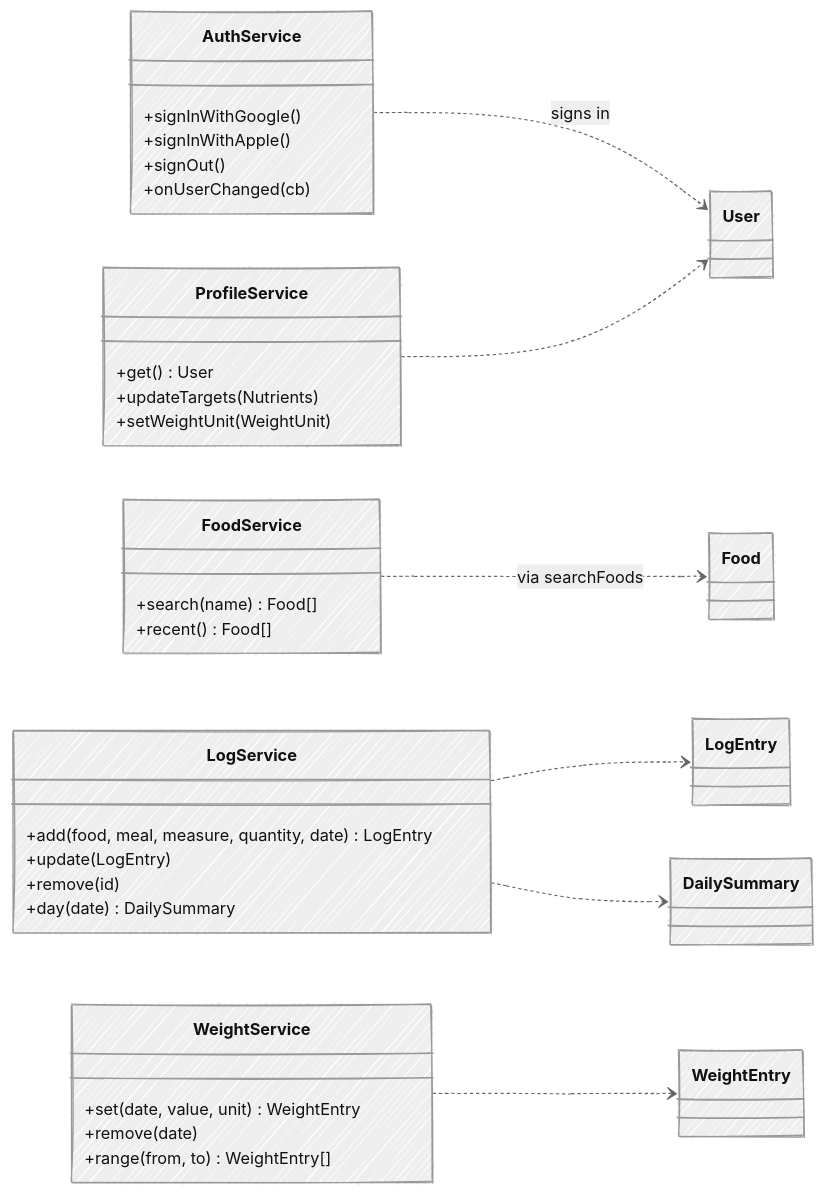
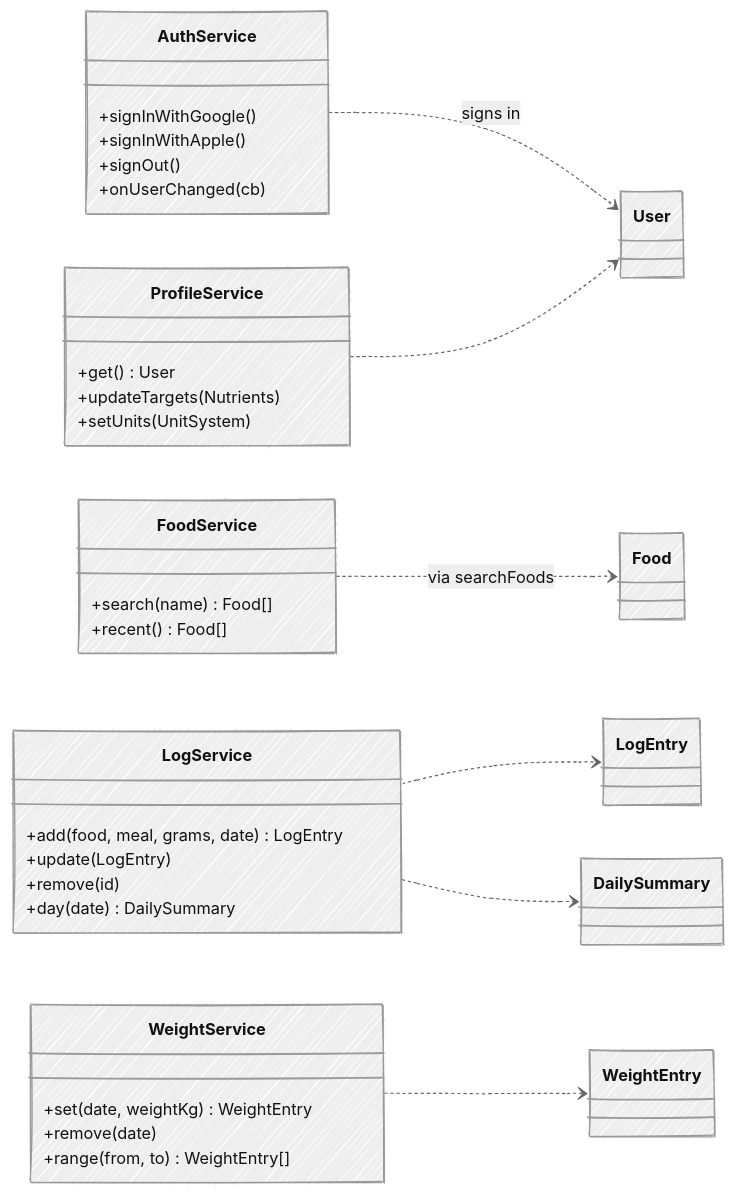
The fourth of 4 diagrams in docs/mvp.md (ai-rayven/wellness-ai), drawn with Mermaid before and after one commit. The commit also changed other lines of this file, not shown here.

First line of the commit message:
Make foods global and store one unit (g, kg)

````diff
--- a/docs/mvp.md
+++ b/docs/mvp.md
@@ -227,43 +215,43 @@
 ```mermaid
 ---
 config:
   look: handDrawn
   theme: neutral
 ---
 classDiagram
     direction LR
 
     class AuthService {
         +signInWithGoogle()
         +signInWithApple()
         +signOut()
         +onUserChanged(cb)
     }
     class ProfileService {
         +get() User
         +updateTargets(Nutrients)
-        +setWeightUnit(WeightUnit)
+        +setUnits(UnitSystem)
     }
     class FoodService {
         +search(name) Food[]
         +recent() Food[]
     }
     class LogService {
-        +add(food, meal, measure, quantity, date) LogEntry
+        +add(food, meal, grams, date) LogEntry
         +update(LogEntry)
         +remove(id)
         +day(date) DailySummary
     }
     class WeightService {
-        +set(date, value, unit) WeightEntry
+        +set(date, weightKg) WeightEntry
         +remove(date)
         +range(from, to) WeightEntry[]
     }
 
     AuthService ..> User : signs in
     ProfileService ..> User
     FoodService ..> Food : via searchFoods
     LogService ..> LogEntry
     LogService ..> DailySummary
     WeightService ..> WeightEntry
 ```
````
